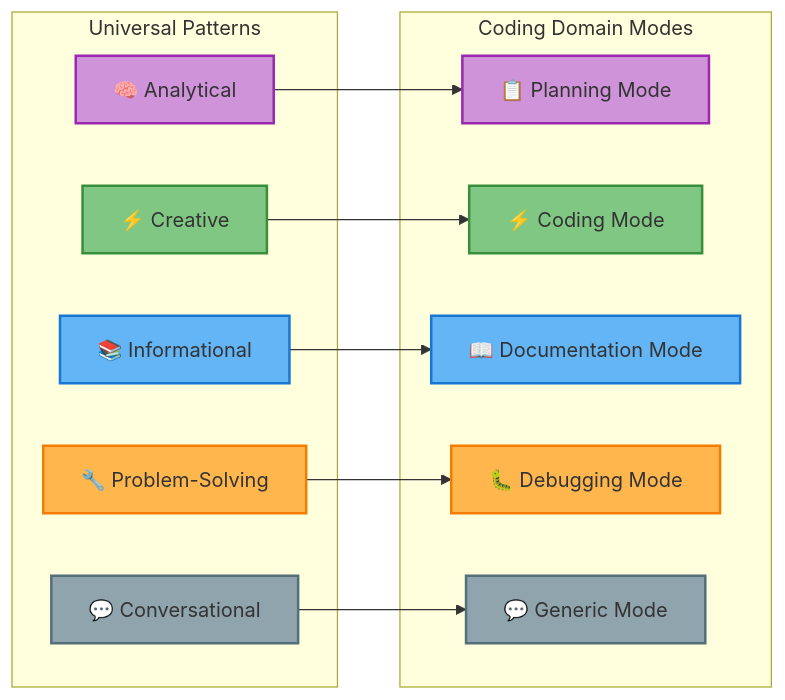
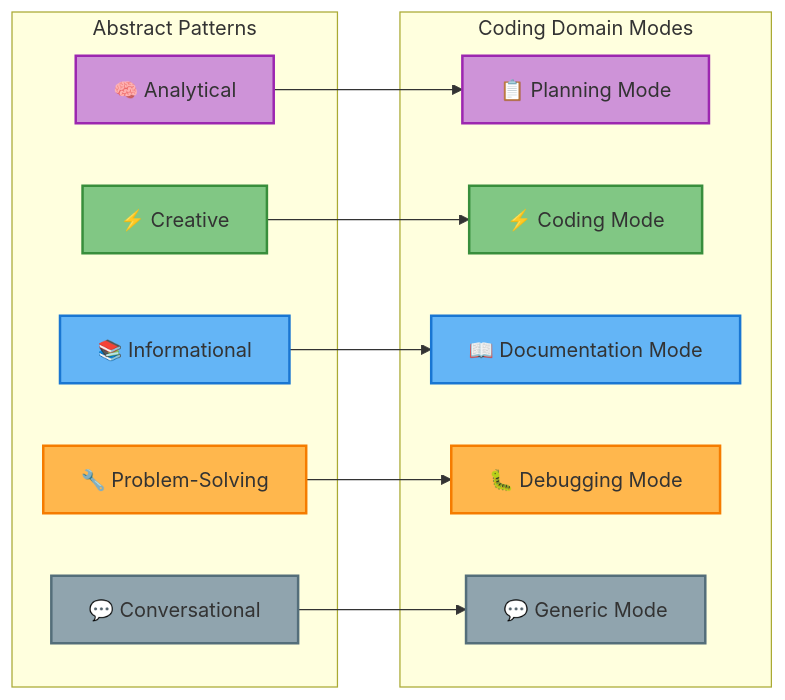
One commit to zhifengzhang-sz/qi-v2-agent changed the second of 2 diagrams in docs/agents/agent.coder.md. Above: the diagram before and after it, drawn with Mermaid. The commit also changed other lines of this file and 58 other files, not shown here.

````diff
--- a/docs/agents/agent.coder.md
+++ b/docs/agents/agent.coder.md
@@ -136,36 +136,36 @@
 ```mermaid
 graph LR
-    subgraph "Universal Patterns"
+    subgraph "Abstract Patterns"
         A[🧠 Analytical]
         C[⚡ Creative]
         I[📚 Informational]
         P[🔧 Problem-Solving]
         G[💬 Conversational]
     end
     
     subgraph "Coding Domain Modes"
         CA[📋 Planning Mode]
         CC[⚡ Coding Mode]
         CI[📖 Documentation Mode]
         CP[🐛 Debugging Mode]
         CG[💬 Generic Mode]
     end
     
     A --> CA
     C --> CC
     I --> CI
     P --> CP
     G --> CG
     
     style A fill:#ce93d8,stroke:#9c27b0,stroke-width:2px
     style C fill:#81c784,stroke:#388e3c,stroke-width:2px
     style I fill:#64b5f6,stroke:#1976d2,stroke-width:2px
     style P fill:#ffb74d,stroke:#f57c00,stroke-width:2px
     style G fill:#90a4ae,stroke:#546e7a,stroke-width:2px
     
     style CA fill:#ce93d8,stroke:#9c27b0,stroke-width:2px
     style CC fill:#81c784,stroke:#388e3c,stroke-width:2px
     style CI fill:#64b5f6,stroke:#1976d2,stroke-width:2px
     style CP fill:#ffb74d,stroke:#f57c00,stroke-width:2px
     style CG fill:#90a4ae,stroke:#546e7a,stroke-width:2px
 ```
````
